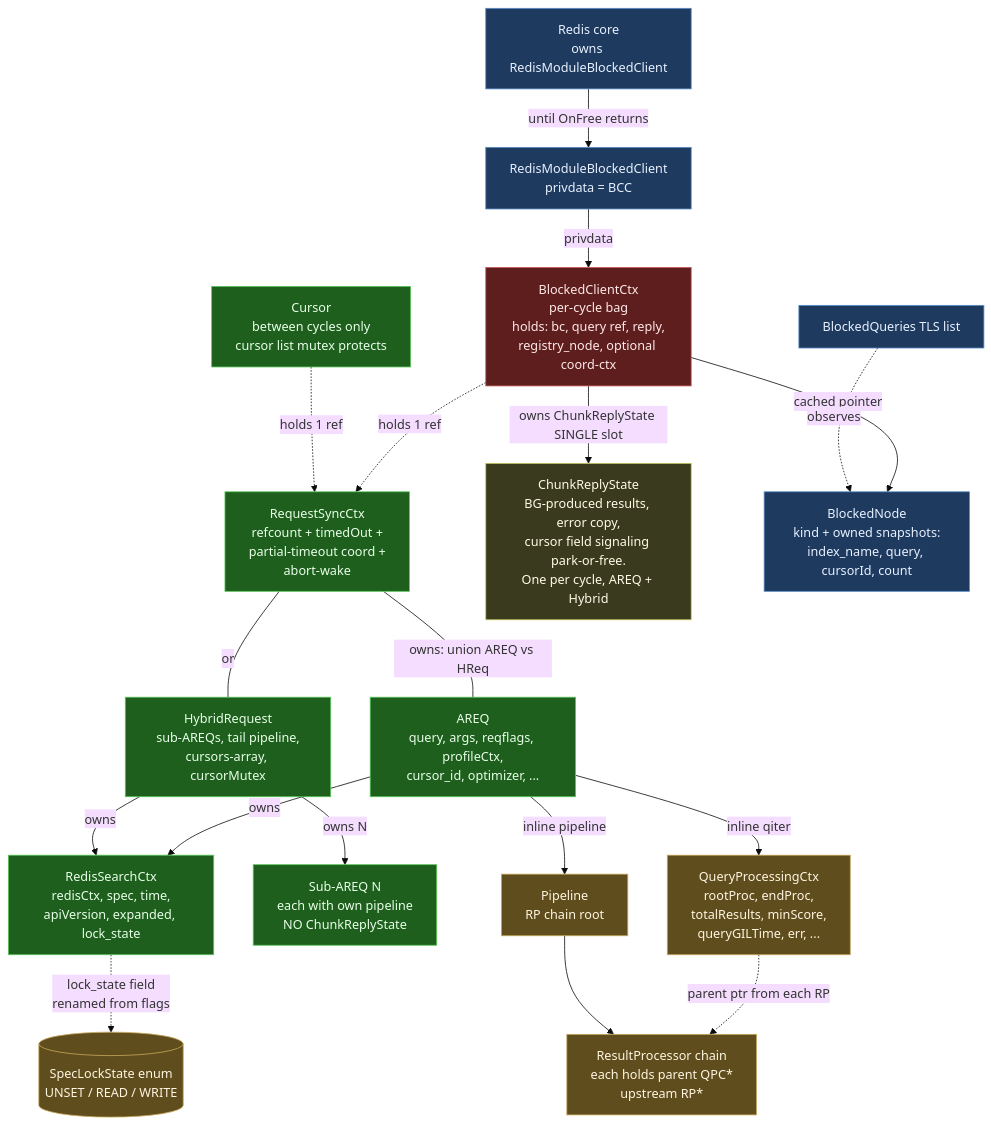
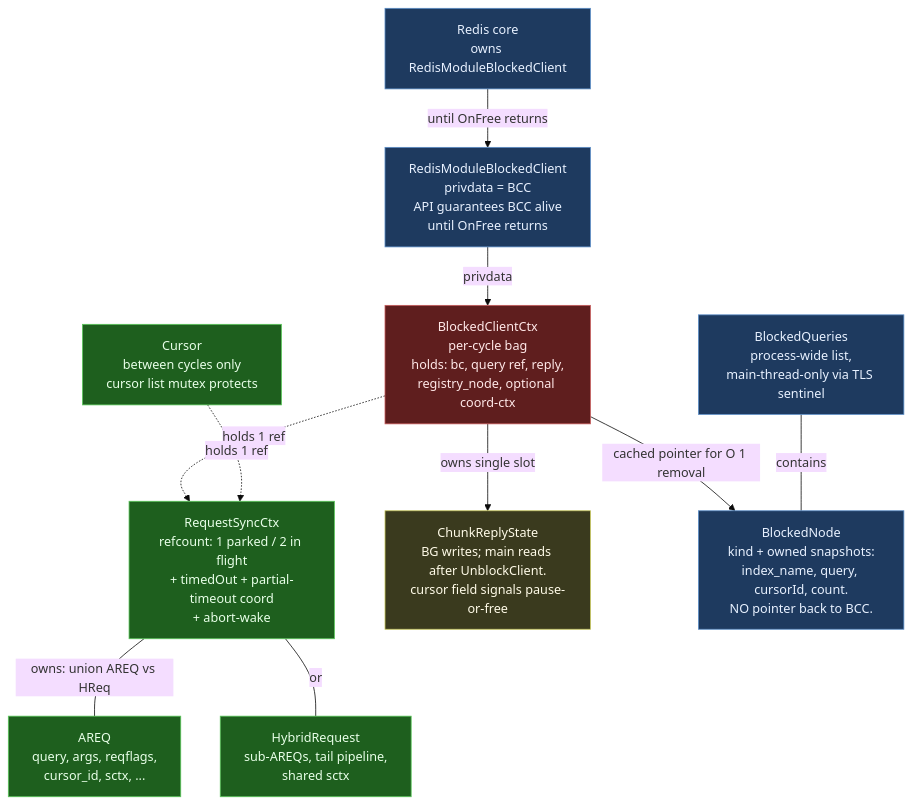
One commit to RediSearch/RediSearch changed the diagram in docs/design/blocked_client_struct_relationships.md. Above: the diagram before and after it, drawn with Mermaid (base theme). The commit also changed other lines of this file and 1 other file, not shown here.

Commit message:
Enhance documentation for BlockedClientCtx and BlockedNode relationships, clarifying ownership and refcounting rationale post-refactor.

````diff
--- a/docs/design/blocked_client_struct_relationships.md
+++ b/docs/design/blocked_client_struct_relationships.md
@@ -9,50 +13,34 @@
 ```mermaid
 flowchart TD
   classDef redis fill:#1e3a5f,stroke:#5a8dc7,color:#e8f1ff
   classDef perCycle fill:#5f1e1e,stroke:#c75a5a,color:#ffe8e8
   classDef perQuery fill:#1e5f1e,stroke:#5ac75a,color:#e8ffe8
   classDef bg fill:#5f4d1e,stroke:#c7a85a,color:#fff5e0
   classDef shared fill:#3a3a1e,stroke:#c7c75a,color:#fffbe8
 
   Redis[Redis core<br/>owns RedisModuleBlockedClient]:::redis
-  BC[RedisModuleBlockedClient<br/>privdata = BCC]:::redis
+  BC[RedisModuleBlockedClient<br/>privdata = BCC<br/>API guarantees BCC alive<br/>until OnFree returns]:::redis
   Redis -->|until OnFree returns| BC
 
   BC -->|privdata| BCC
   BCC[BlockedClientCtx<br/>per-cycle bag<br/>holds: bc, query ref, reply,<br/>registry_node, optional coord-ctx]:::perCycle
   BCC -.holds 1 ref.-> RSC
+  BCC -->|owns single slot| BCCREPLY
 
   CURS[Cursor<br/>between cycles only<br/>cursor list mutex protects]:::perQuery
   CURS -.holds 1 ref.-> RSC
 
-  RSC[RequestSyncCtx<br/>refcount + timedOut +<br/>partial-timeout coord +<br/>abort-wake]:::perQuery
+  RSC[RequestSyncCtx<br/>refcount: 1 parked / 2 in flight<br/>+ timedOut + partial-timeout coord<br/>+ abort-wake]:::perQuery
   RSC ---|owns: union AREQ vs HReq| AREQ
   RSC ---|or| HREQ
 
-  AREQ[AREQ<br/>query, args, reqflags, profileCtx,<br/>cursor_id, optimizer, ...]:::perQuery
-  HREQ[HybridRequest<br/>sub-AREQs, tail pipeline,<br/>cursors-array, cursorMutex]:::perQuery
+  AREQ[AREQ<br/>query, args, reqflags,<br/>cursor_id, sctx, ...]:::perQuery
+  HREQ[HybridRequest<br/>sub-AREQs, tail pipeline,<br/>shared sctx]:::perQuery
 
-  AREQ -->|owns| SCTX
-  HREQ -->|owns| SCTX
-  HREQ -->|owns N| AREQSUB[Sub-AREQ N<br/>each with own pipeline<br/>NO ChunkReplyState]:::perQuery
+  BCCREPLY[ChunkReplyState<br/>BG writes; main reads after UnblockClient.<br/>cursor field signals pause-or-free]:::shared
 
-  SCTX[RedisSearchCtx<br/>redisCtx, spec, time,<br/>apiVersion, expanded, lock_state]:::perQuery
-  SCTX -.lock_state field<br/>renamed from flags.-> STATE
-  STATE[(SpecLockState enum<br/>UNSET / READ / WRITE)]:::bg
-
-  AREQ -->|inline qiter| QPC
-  QPC[QueryProcessingCtx<br/>rootProc, endProc,<br/>totalResults, minScore,<br/>queryGILTime, err, ...]:::bg
-  QPC -.parent ptr from each RP.-> RPCH
-
-  AREQ -->|inline pipeline| PIPE
-  PIPE[Pipeline<br/>RP chain root]:::bg
-  PIPE --> RPCH[ResultProcessor chain<br/>each holds parent QPC*<br/>upstream RP*]:::bg
-
-  BCC -->|owns ChunkReplyState SINGLE slot| BCCREPLY
-  BCCREPLY[ChunkReplyState<br/>BG-produced results, error copy,<br/>cursor field signaling park-or-free.<br/>One per cycle, AREQ + Hybrid]:::shared
-
-  BCC -->|cached pointer| BNODE
-  REG[BlockedQueries TLS list]:::redis
-  REG -.observes.-> BNODE
-  BNODE[BlockedNode<br/>kind + owned snapshots:<br/>index_name, query, cursorId, count]:::redis
+  BCC -->|cached pointer for O 1 removal| BNODE
+  REG[BlockedQueries<br/>process-wide list,<br/>main-thread-only via TLS sentinel]:::redis
+  REG ---|contains| BNODE
+  BNODE[BlockedNode<br/>kind + owned snapshots:<br/>index_name, query, cursorId, count.<br/>NO pointer back to BCC.]:::redis
 ```
````
